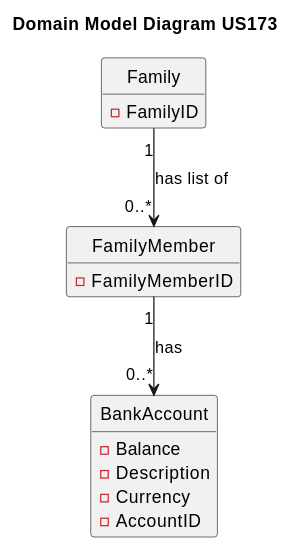
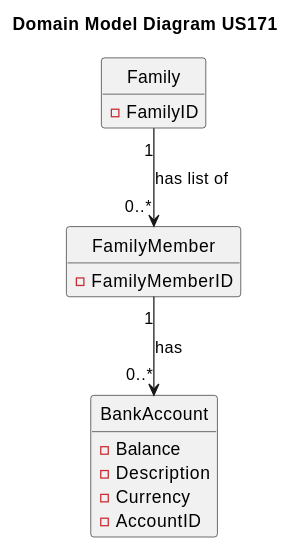
One commit to tomas-osswald/switch_2020_g3 changed the second of 4 diagrams in docs/sprint2/user_stories/US171_AddBankAccount.md. Above: the diagram before and after it, drawn with PlantUML. The commit also changed other lines of this file and 1 other file, not shown here.

Commit message:
add minor changes plantUML and test

````diff
--- a/docs/sprint2/user_stories/US171_AddBankAccount.md
+++ b/docs/sprint2/user_stories/US171_AddBankAccount.md
@@ -76,23 +76,23 @@
 ```puml
 hide empty members
 hide circle
-title Domain Model Diagram US173
+title Domain Model Diagram US171
 
 class Family {
 - FamilyID
 }
 
 class FamilyMember {
 - FamilyMemberID
 }
 
 class BankAccount {
 - Balance
 - Description
 - Currency
 - AccountID 
 }
 
 Family "1" -down-> "0..*" FamilyMember : has list of 
 FamilyMember "1" -down-> "0..*" BankAccount  : has 
 ```
````
